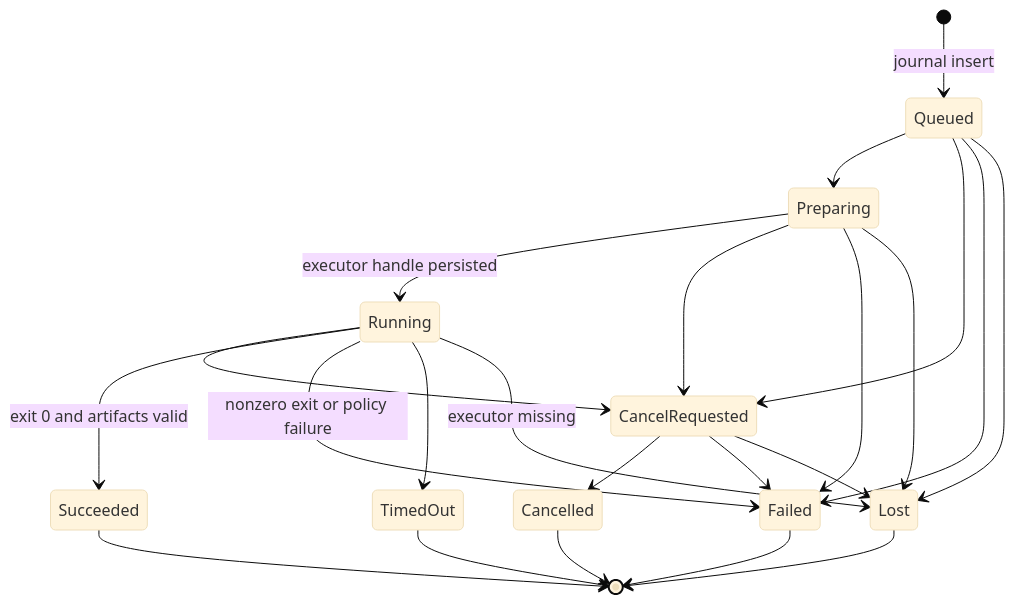
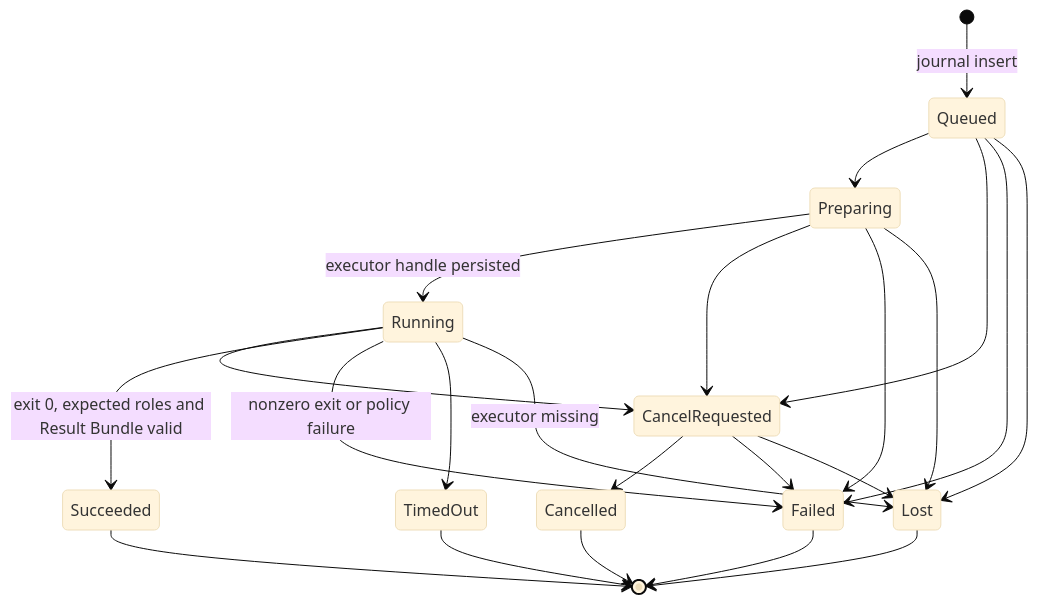
One commit to zerostwo/shennong-runtime changed the second of 4 diagrams in docs/architecture.md. Above: the diagram before and after it, drawn with Mermaid (base theme). The commit also changed other lines of this file and 32 other files, not shown here.

````diff
--- a/docs/architecture.md
+++ b/docs/architecture.md
@@ -206,25 +231,25 @@
 ```mermaid
 stateDiagram-v2
     [*] --> Queued: journal insert
     Queued --> Preparing
     Queued --> CancelRequested
     Queued --> Failed
     Queued --> Lost
     Preparing --> Running: executor handle persisted
     Preparing --> CancelRequested
     Preparing --> Failed
     Preparing --> Lost
     Running --> CancelRequested
-    Running --> Succeeded: exit 0 and artifacts valid
+    Running --> Succeeded: exit 0, expected roles and Result Bundle valid
     Running --> Failed: nonzero exit or policy failure
     Running --> TimedOut
     Running --> Lost: executor missing
     CancelRequested --> Cancelled
     CancelRequested --> Failed
     CancelRequested --> Lost
     Succeeded --> [*]
     Failed --> [*]
     Cancelled --> [*]
     TimedOut --> [*]
     Lost --> [*]
 ```
````
